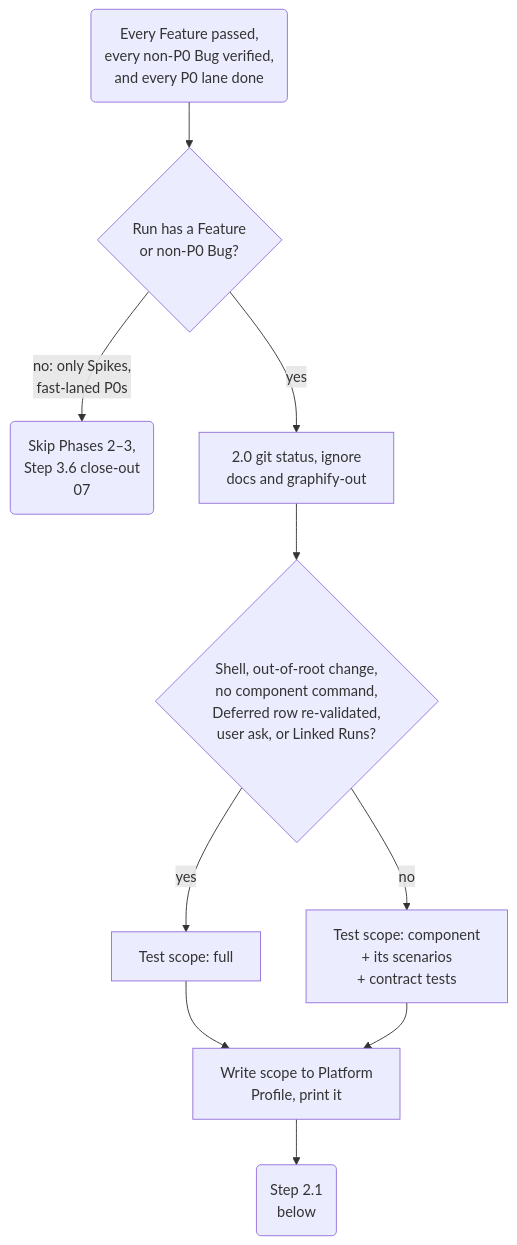
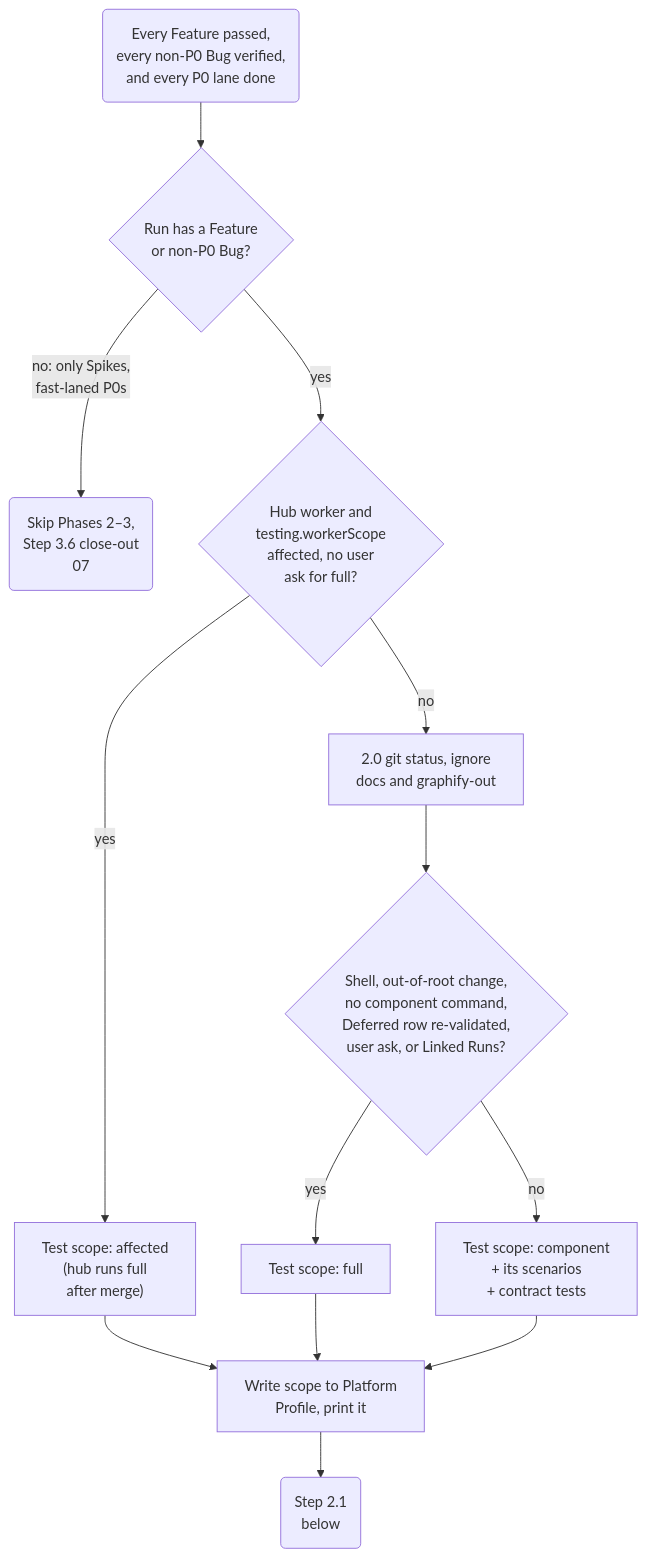
The first of 3 diagrams in skills/plugin-orchestrator-development-pattern/mermaid/06-phase2-integration.md (muhammedalikhan86/claude-stash), drawn with Mermaid before and after one commit. The commit also changed other lines of this file and 17 other files, not shown here.

First line of the commit message:
feat(orchestrator): step timing rows, hub-issued design IDs, quiet test logs, tiered testing

````diff
--- a/skills/plugin-orchestrator-development-pattern/mermaid/06-phase2-integration.md
+++ b/skills/plugin-orchestrator-development-pattern/mermaid/06-phase2-integration.md
@@ -5,12 +5,15 @@
 ```mermaid
 flowchart TD
     S0("Every Feature passed,<br/>every non-P0 Bug verified,<br/>and every P0 lane done") --> Only{"Run has a Feature<br/>or non-P0 Bug?"}
     Only -->|"no: only Spikes,<br/>fast-laned P0s"| NoP2("Skip Phases 2–3,<br/>Step 3.6 close-out<br/>07")
-    Only -->|"yes"| Diff["2.0 git status, ignore<br/>docs and graphify-out"]
+    Only -->|"yes"| Tier{"Hub worker and<br/>testing.workerScope<br/>affected, no user<br/>ask for full?"}
+    Tier -->|"yes"| A["Test scope: affected<br/>(hub runs full<br/>after merge)"]
+    A --> Print
+    Tier -->|"no"| Diff["2.0 git status, ignore<br/>docs and graphify-out"]
     Diff --> Full{"Shell, out-of-root change,<br/>no component command,<br/>Deferred row re-validated,<br/>user ask, or Linked Runs?"}
     Full -->|"yes"| F["Test scope: full"]
     Full -->|"no"| C["Test scope: component<br/>+ its scenarios<br/>+ contract tests"]
     F --> Print["Write scope to Platform<br/>Profile, print it"]
     C --> Print
     Print --> Next("Step 2.1<br/>below")
 ```
````
